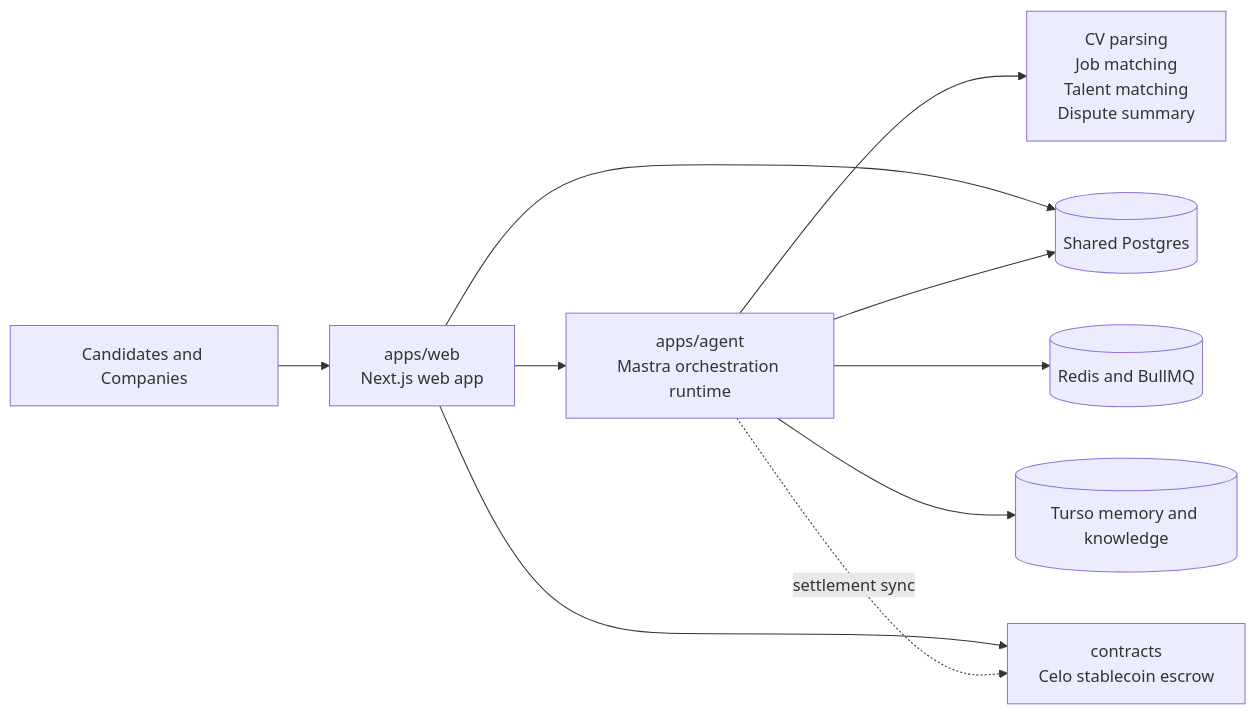
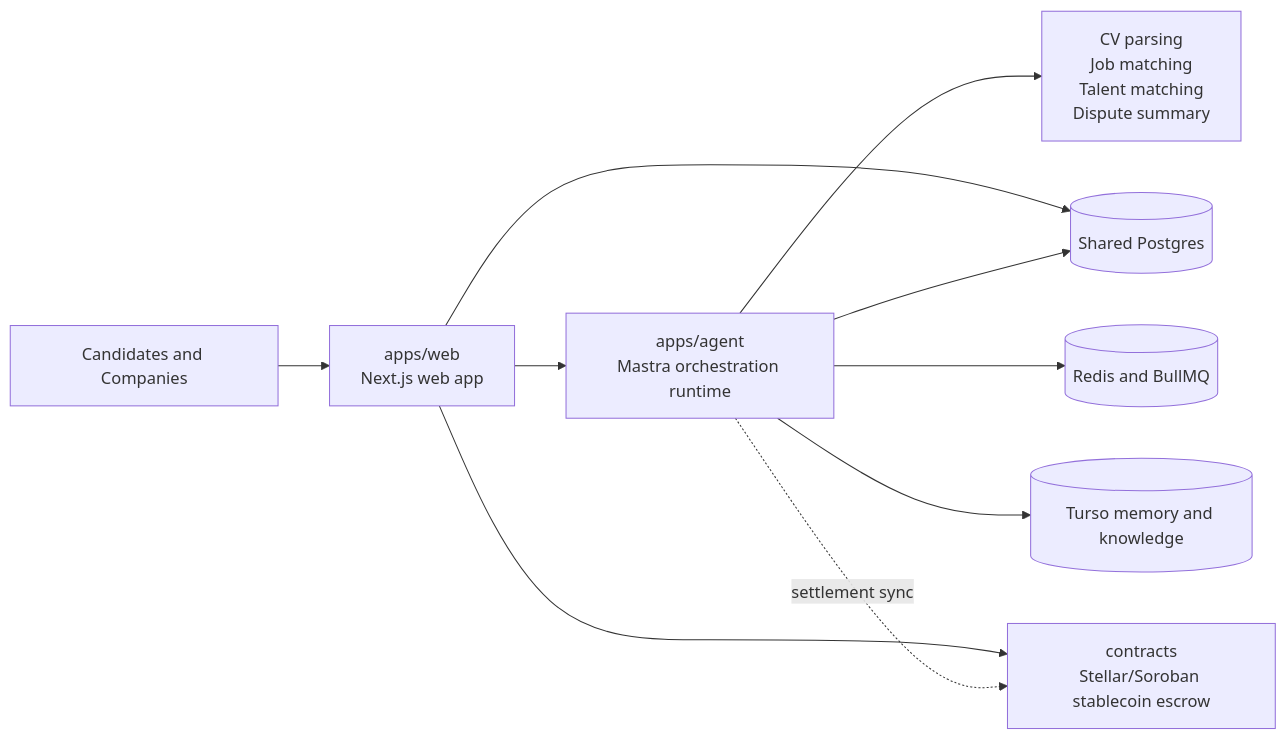
One commit to kikik27/shire changed the first of 2 diagrams in README.md. Above: the diagram before and after it, drawn with Mermaid. The commit also changed other lines of this file and 43 other files, not shown here.

First line of the commit message:
feat: migrate contracts from Solidity to Soroban (Rust/WASM)

````diff
--- a/README.md
+++ b/README.md
@@ -22,12 +22,12 @@
 ```mermaid
 flowchart LR
     User[Candidates and Companies] --> Web[apps/web<br/>Next.js web app]
     Web --> Agent[apps/agent<br/>Mastra orchestration runtime]
     Agent --> Workflows[CV parsing<br/>Job matching<br/>Talent matching<br/>Dispute summary]
     Web --> Postgres[(Shared Postgres)]
     Agent --> Postgres
     Agent --> Redis[(Redis and BullMQ)]
     Agent --> Turso[(Turso memory and knowledge)]
-    Web --> Contracts[contracts<br/>Celo stablecoin escrow]
+    Web --> Contracts[contracts<br/>Stellar/Soroban stablecoin escrow]
     Agent -. settlement sync .-> Contracts
 ```
````
